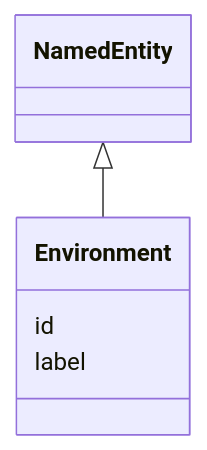
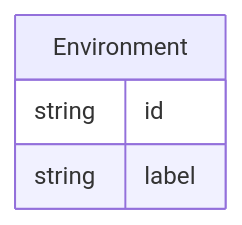
Before and after one commit to monarch-initiative/ontogpt: the diagram in docs/environmental_sample/Environment.md, drawn with Mermaid. The commit also changed 187 other files, not shown here.

````diff
--- a/docs/environmental_sample/Environment.md
+++ b/docs/environmental_sample/Environment.md
@@ -8,9 +8,10 @@
 ```mermaid
- classDiagram
-    class Environment
-      NamedEntity <|-- Environment
-      
-      Environment : id
-      Environment : label
-      
+erDiagram
+Environment {
+    string id  
+    string label  
+}
+
+
+
 ```
````
